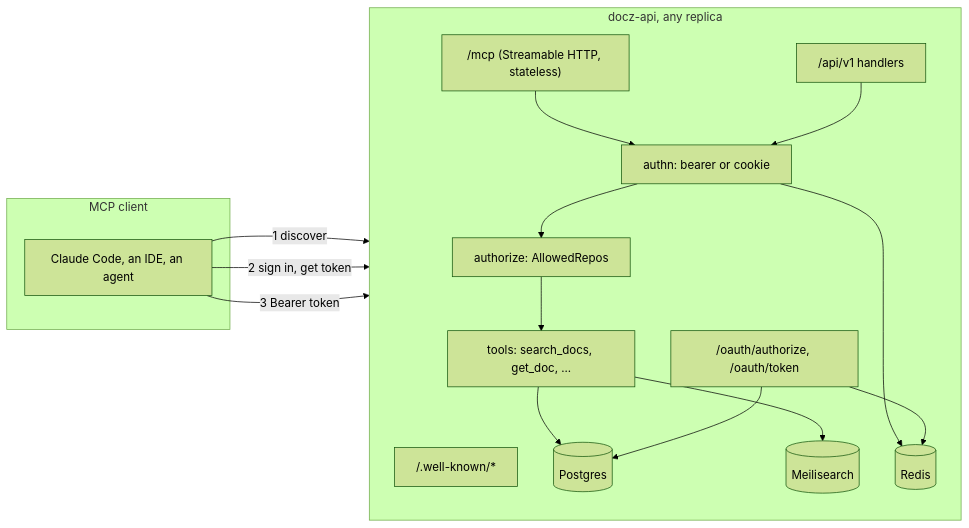
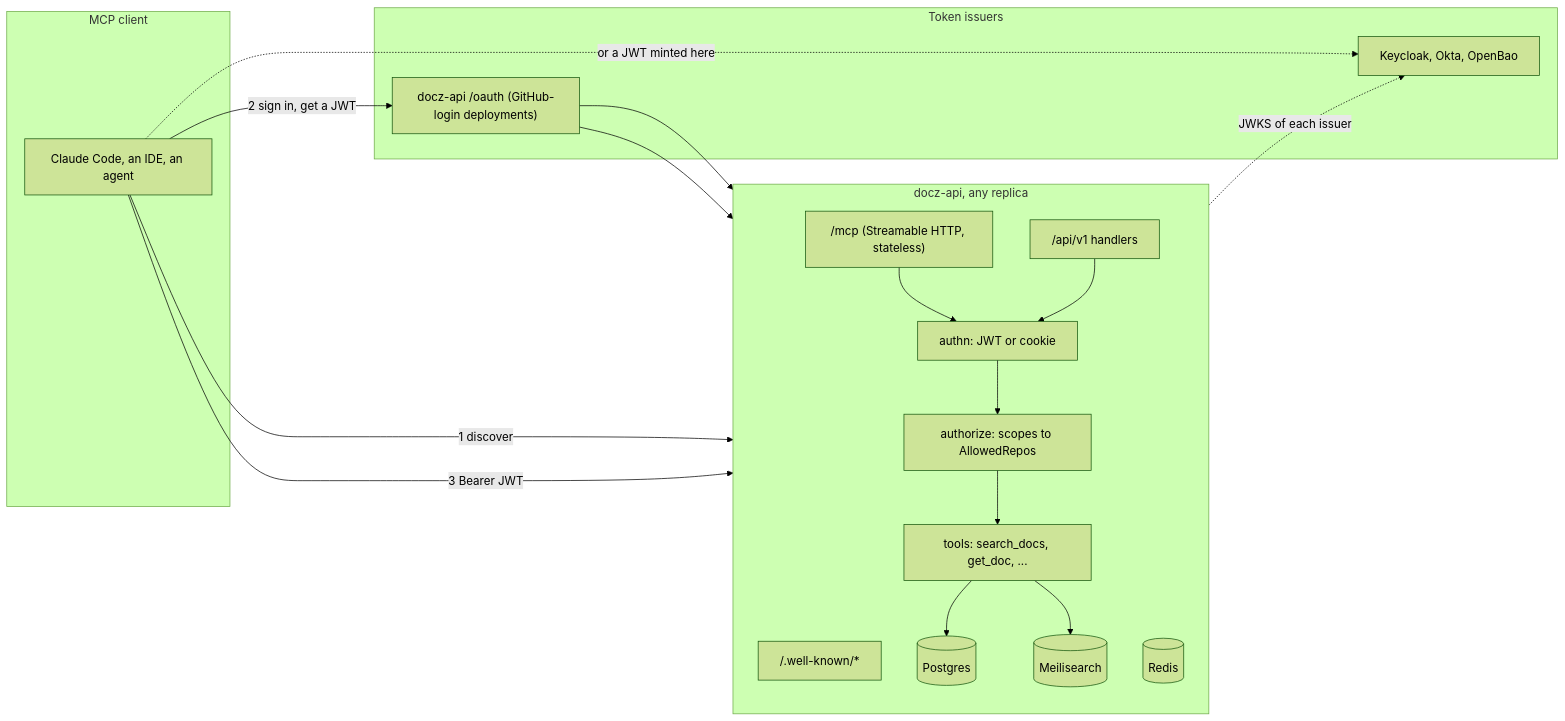
One commit to donaldgifford/docz changed the first of 4 diagrams in docs/design/0023-a-read-only-mcp-server-in-docz-api-oauth-21-tokens-tools-and.md. Above: the diagram before and after it, drawn with Mermaid (forest theme). The commit also changed other lines of this file and 2 other files, not shown here.

````diff
--- a/docs/design/0023-a-read-only-mcp-server-in-docz-api-oauth-21-tokens-tools-and.md
+++ b/docs/design/0023-a-read-only-mcp-server-in-docz-api-oauth-21-tokens-tools-and.md
@@ -238,29 +261,33 @@
 ```mermaid
 flowchart LR
   subgraph client [MCP client]
     C[Claude Code, an IDE, an agent]
   end
+  subgraph issuers [Token issuers]
+    O["docz-api /oauth (GitHub-login deployments)"]
+    E[Keycloak, Okta, OpenBao]
+  end
   subgraph api [docz-api, any replica]
     direction TB
     W["/.well-known/*"]
-    O["/oauth/authorize, /oauth/token"]
     M["/mcp (Streamable HTTP, stateless)"]
-    N[authn: bearer or cookie]
-    Z[authorize: AllowedRepos]
+    N[authn: JWT or cookie]
+    Z[authorize: scopes to AllowedRepos]
     T[tools: search_docs, get_doc, ...]
     R["/api/v1 handlers"]
     S[(Postgres)]
     X[(Meilisearch)]
     K[(Redis)]
   end
   C -- 1 discover --> W
-  C -- 2 sign in, get token --> O
-  C -- 3 Bearer token --> M
+  C -- 2 sign in, get a JWT --> O
+  C -. or a JWT minted here .-> E
+  C -- 3 Bearer JWT --> M
   M --> N --> Z --> T
   R --> N
   T --> S
   T --> X
-  N --> K
+  N -. JWKS of each issuer .-> E
   O --> K
   O --> S
 ```
````
